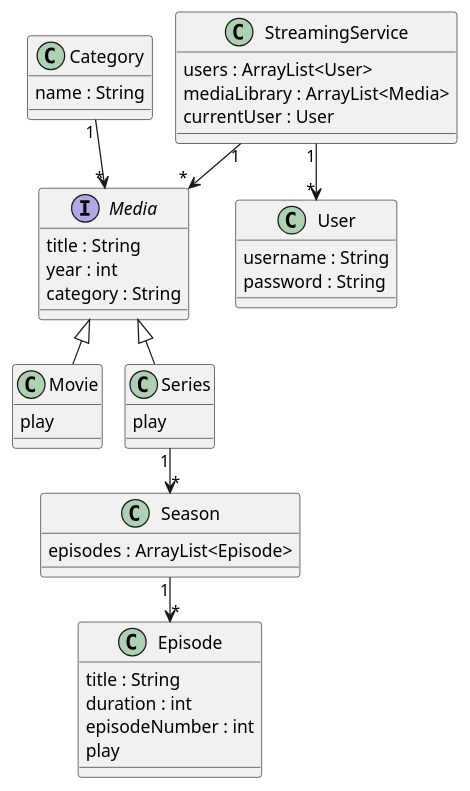
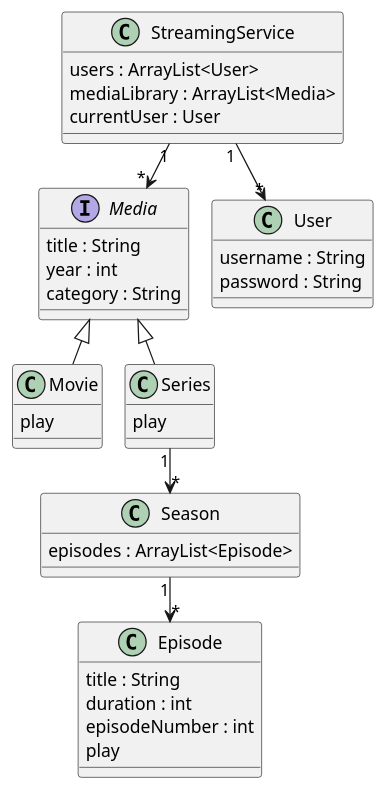
One commit to Britzgrank1/SP3 changed the diagram in doc/Classdiagram.puml. Above: the diagram before and after it, drawn with PlantUML.

Commit message:
ClassDiagram *not full finished* updated

```diff
--- a/doc/Classdiagram.puml
+++ b/doc/Classdiagram.puml
@@ -1,59 +1,54 @@
 @startuml
 !pragma layout smetana
 
 class StreamingService {
     users : ArrayList<User>
     mediaLibrary : ArrayList<Media>
     currentUser : User
 }
 
 Interface Media {
     title : String
     year : int
     category : String
 }
 
 class Movie {
     play
 }
 
 class Series {
     play
 }
 
 class Season {
     episodes : ArrayList<Episode>
 }
 
 class Episode {
     title : String
     duration : int
     episodeNumber : int
     play
 }
 
-class Category {
-    name : String
-}
-
 class User {
     username : String
     password : String
 }
 
 
 'Relationer'
 
 StreamingService "1" --> "*" User
 StreamingService "1" --> "*" Media
 
 
 Media <|-- Movie
 Media <|-- Series
 
 Series "1" --> "*" Season
 Season "1" --> "*" Episode
 
-Category "1" --> "*" Media
 
 @enduml
```
